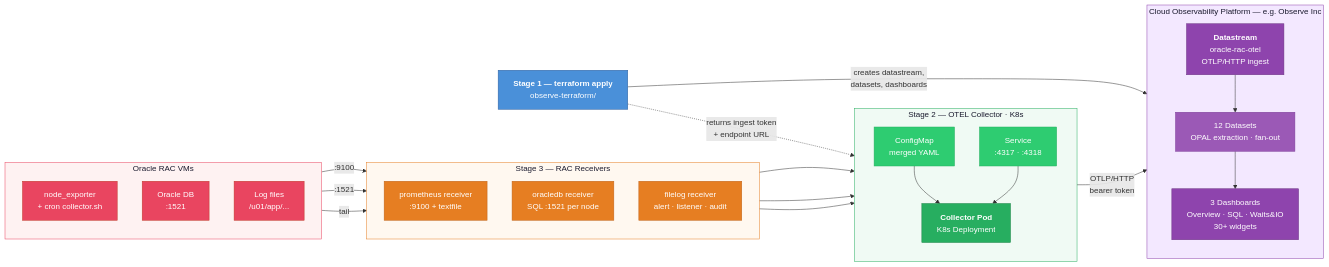
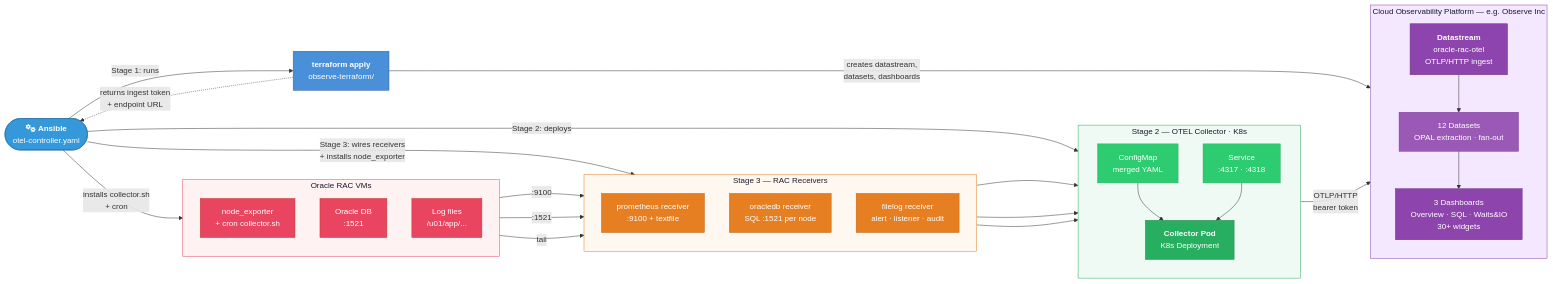
Before and after one commit to mazsola2k/platform-engineering: the fourth of 5 diagrams in oracle-rac/README.MD, drawn with Mermaid.

````diff
--- a/oracle-rac/README.MD
+++ b/oracle-rac/README.MD
@@ -237,63 +237,73 @@
 ```mermaid
 flowchart LR
+    ANS(["fa:fa-cogs <b>Ansible</b><br/>otel-controller.yaml"])
+
     subgraph SOURCES["Oracle RAC VMs"]
         direction TB
         NE["node_exporter<br/>+ cron collector.sh"]
         DB["Oracle DB<br/>:1521"]
         LOGS["Log files<br/>/u01/app/..."]
     end
 
     subgraph WIRE["Stage 3 — RAC Receivers"]
         direction TB
         PR["prometheus receiver<br/>:9100 + textfile"]
         OR["oracledb receiver<br/>SQL :1521 per node"]
         FL["filelog receiver<br/>alert · listener · audit"]
     end
 
     subgraph DEPLOY["Stage 2 — OTEL Collector · K8s"]
         direction TB
         CM["ConfigMap<br/>merged YAML"]
         COL["<b>Collector Pod</b><br/>K8s Deployment"]
         SVC["Service<br/>:4317 · :4318"]
         CM --> COL
         SVC --> COL
     end
 
     subgraph CLOUD["Cloud Observability Platform — e.g. Observe Inc"]
         direction TB
         DS["<b>Datastream</b><br/>oracle-rac-otel<br/>OTLP/HTTP ingest"]
         DS --> DSET["12 Datasets<br/>OPAL extraction · fan-out"]
         DSET --> DASH["3 Dashboards<br/>Overview · SQL · Waits&IO<br/>30+ widgets"]
     end
 
-    TF["<b>Stage 1 — terraform apply</b><br/>observe-terraform/"] -- "creates datastream,<br/>datasets, dashboards" --> CLOUD
-    TF -. "returns ingest token<br/>+ endpoint URL" .-> COL
+    TF["<b>terraform apply</b><br/>observe-terraform/"]
+
+    ANS -- "Stage 1: runs" --> TF
+    ANS -- "Stage 2: deploys" --> COL
+    ANS -- "Stage 3: wires receivers<br/>+ installs node_exporter" --> WIRE
+    ANS -- "installs collector.sh<br/>+ cron" --> SOURCES
+
+    TF -- "creates datastream,<br/>datasets, dashboards" --> CLOUD
+    TF -. "returns ingest token<br/>+ endpoint URL" .-> ANS
 
     NE -- ":9100" --> PR
     DB -- ":1521" --> OR
     LOGS -- "tail" --> FL
 
     PR --> COL
     OR --> COL
     FL --> COL
 
     COL -- "OTLP/HTTP<br/>bearer token" --> DS
 
+    style ANS fill:#3498db,stroke:#2471a3,color:#fff
     style SOURCES fill:#fef2f2,stroke:#e94560,color:#1a1a2e
     style WIRE fill:#fff8f0,stroke:#e67e22,color:#1a1a2e
     style DEPLOY fill:#f0faf4,stroke:#27ae60,color:#1a1a2e
     style CLOUD fill:#f3e8ff,stroke:#8e44ad,color:#1a1a2e
     style TF fill:#4a90d9,stroke:#2c5f9e,color:#fff
     style DS fill:#8e44ad,stroke:#6c3483,color:#fff
     style DSET fill:#9b59b6,stroke:#7d3c98,color:#fff
     style DASH fill:#8e44ad,stroke:#6c3483,color:#fff
     style COL fill:#27ae60,stroke:#1e8449,color:#fff
     style CM fill:#2ecc71,stroke:#27ae60,color:#fff
     style SVC fill:#2ecc71,stroke:#27ae60,color:#fff
     style PR fill:#e67e22,stroke:#c0641a,color:#fff
     style OR fill:#e67e22,stroke:#c0641a,color:#fff
     style FL fill:#e67e22,stroke:#c0641a,color:#fff
     style NE fill:#e94560,stroke:#c0392b,color:#fff
     style DB fill:#e94560,stroke:#c0392b,color:#fff
     style LOGS fill:#e94560,stroke:#c0392b,color:#fff
 ```
````
